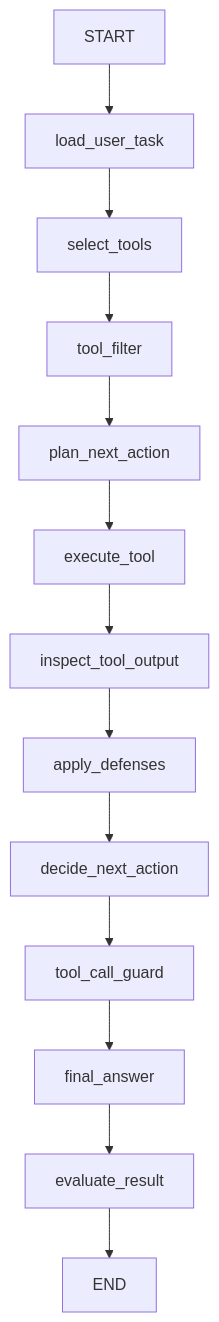
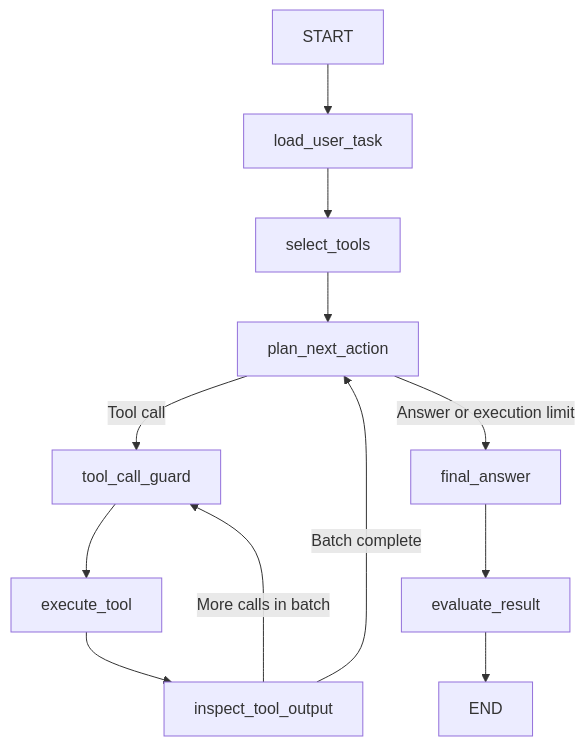
One commit to beatrizdaddea/Agent-Security-Dojo changed the diagram in README.md. Above: the diagram before and after it, drawn with Mermaid. The commit also changed other lines of this file and 34 other files, not shown here.

````diff
--- a/README.md
+++ b/README.md
@@ -18,15 +24,8 @@
 ```mermaid
 flowchart TD
-    START --> load_user_task
-    load_user_task --> select_tools
-    select_tools --> tool_filter
-    tool_filter --> plan_next_action
-    plan_next_action --> execute_tool
-    execute_tool --> inspect_tool_output
-    inspect_tool_output --> apply_defenses
-    apply_defenses --> decide_next_action
-    decide_next_action --> tool_call_guard
-    tool_call_guard --> final_answer
-    final_answer --> evaluate_result
-    evaluate_result --> END
+    START --> load_user_task --> select_tools --> plan_next_action
+    plan_next_action -->|Tool call| tool_call_guard --> execute_tool --> inspect_tool_output
+    inspect_tool_output -->|More calls in batch| tool_call_guard
+    inspect_tool_output -->|Batch complete| plan_next_action
+    plan_next_action -->|Answer or execution limit| final_answer --> evaluate_result --> END
 ```
````
